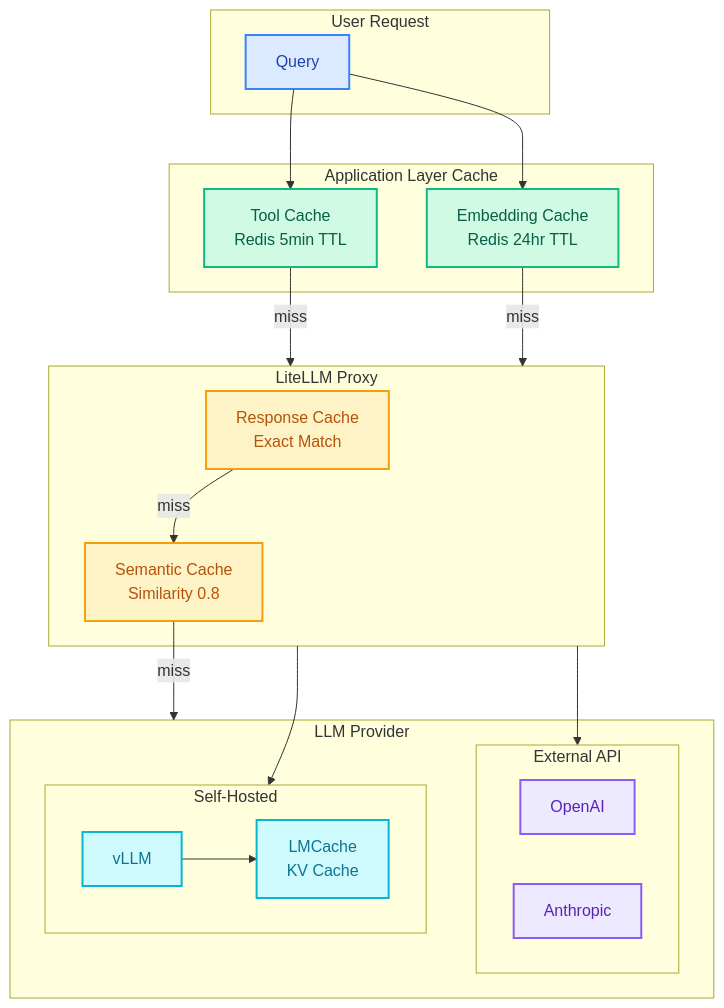
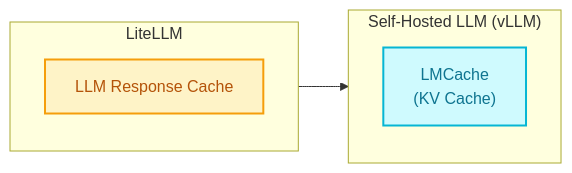
One commit to mhokchuekchuek/mtl_agent changed the diagram in docs/assets/diagrams/future_improvements/caching_layers.mmd. Above: the diagram before and after it, drawn with Mermaid. The commit also changed 3 other files, not shown here.

Commit message:
docs(caching): simplify to LiteLLM + LMCache layers

```diff
--- a/docs/assets/diagrams/future_improvements/caching_layers.mmd
+++ b/docs/assets/diagrams/future_improvements/caching_layers.mmd
@@ -1,49 +1,16 @@
-flowchart TB
-    subgraph Request["User Request"]
-        Q[Query]
+flowchart LR
+    subgraph LiteLLM["LiteLLM"]
+        RC[LLM Response Cache]
     end
 
-    subgraph AppCache["Application Layer Cache"]
-        TC[Tool Cache<br/>Redis 5min TTL]
-        EC[Embedding Cache<br/>Redis 24hr TTL]
+    subgraph SelfHosted["Self-Hosted LLM #40;vLLM#41;"]
+        LMC["LMCache<br/>#40;KV Cache#41;"]
     end
 
-    subgraph LiteLLM["LiteLLM Proxy"]
-        RC[Response Cache<br/>Exact Match]
-        SC[Semantic Cache<br/>Similarity 0.8]
-    end
+    LiteLLM --> SelfHosted
 
-    subgraph Provider["LLM Provider"]
-        subgraph API["External API"]
-            OAI[OpenAI]
-            ANT[Anthropic]
-        end
-        subgraph SelfHosted["Self-Hosted"]
-            VLLM[vLLM]
-            LMC[LMCache<br/>KV Cache]
-        end
-    end
-
-    Q --> TC
-    Q --> EC
-    TC -->|miss| LiteLLM
-    EC -->|miss| LiteLLM
-
-    RC -->|miss| SC
-    SC -->|miss| Provider
-
-    LiteLLM --> API
-    LiteLLM --> SelfHosted
-    VLLM --> LMC
-
-    classDef request fill:#dbeafe,stroke:#3b82f6,stroke-width:2px,color:#1e40af
-    classDef appcache fill:#d1fae5,stroke:#10b981,stroke-width:2px,color:#065f46
     classDef proxy fill:#fef3c7,stroke:#f59e0b,stroke-width:2px,color:#b45309
-    classDef external fill:#ede9fe,stroke:#8b5cf6,stroke-width:2px,color:#5b21b6
     classDef selfhost fill:#cffafe,stroke:#06b6d4,stroke-width:2px,color:#0e7490
 
-    class Q request
-    class TC,EC appcache
-    class RC,SC proxy
-    class OAI,ANT external
-    class VLLM,LMC selfhost
+    class RC proxy
+    class LMC selfhost
```
